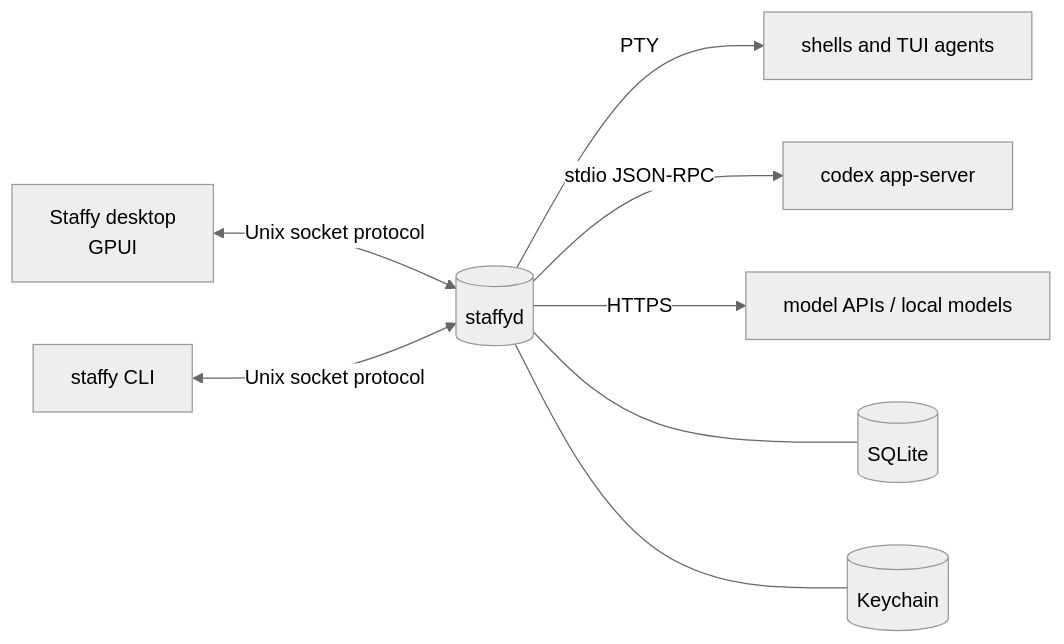
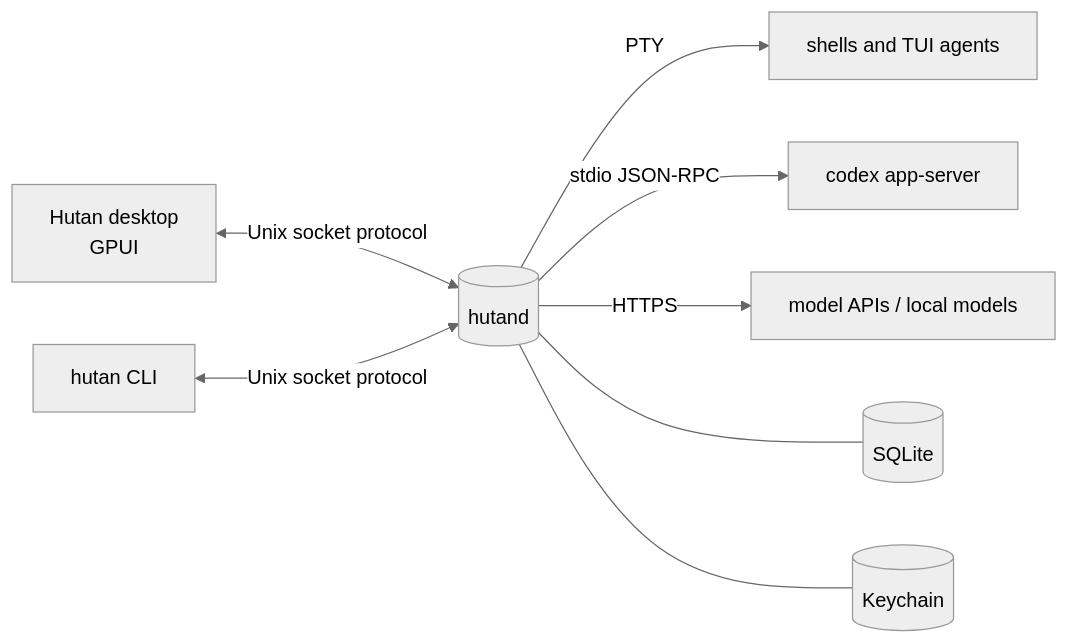
Before and after one commit to robertt3kuk/heeler: the diagram in README.md, drawn with Mermaid (neutral theme). The commit also changed other lines of this file and 456 other files, not shown here.

````diff
--- a/README.md
+++ b/README.md
@@ -32,10 +32,10 @@
 ```mermaid
 flowchart LR
-  D[Staffy desktop<br/>GPUI] <-->|Unix socket protocol| H[(staffyd)]
-  CLI[staffy CLI] <-->|Unix socket protocol| H
+  D[Hutan desktop<br/>GPUI] <-->|Unix socket protocol| H[(hutand)]
+  CLI[hutan CLI] <-->|Unix socket protocol| H
   H -->|PTY| T[shells and TUI agents]
   H -->|stdio JSON-RPC| C[codex app-server]
   H -->|HTTPS| M[model APIs / local models]
   H --- DB[(SQLite)]
   H --- KC[(Keychain)]
 ```
````
